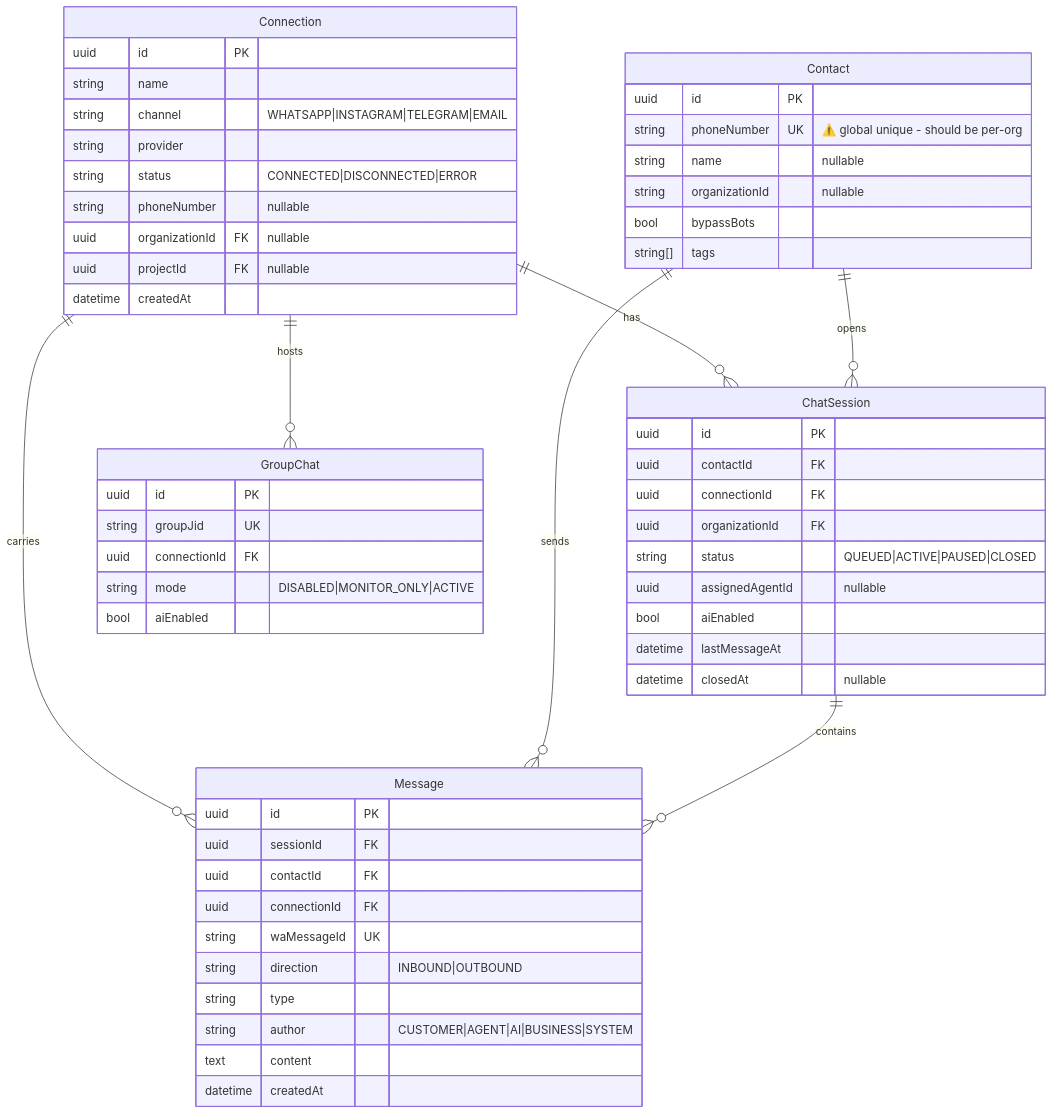
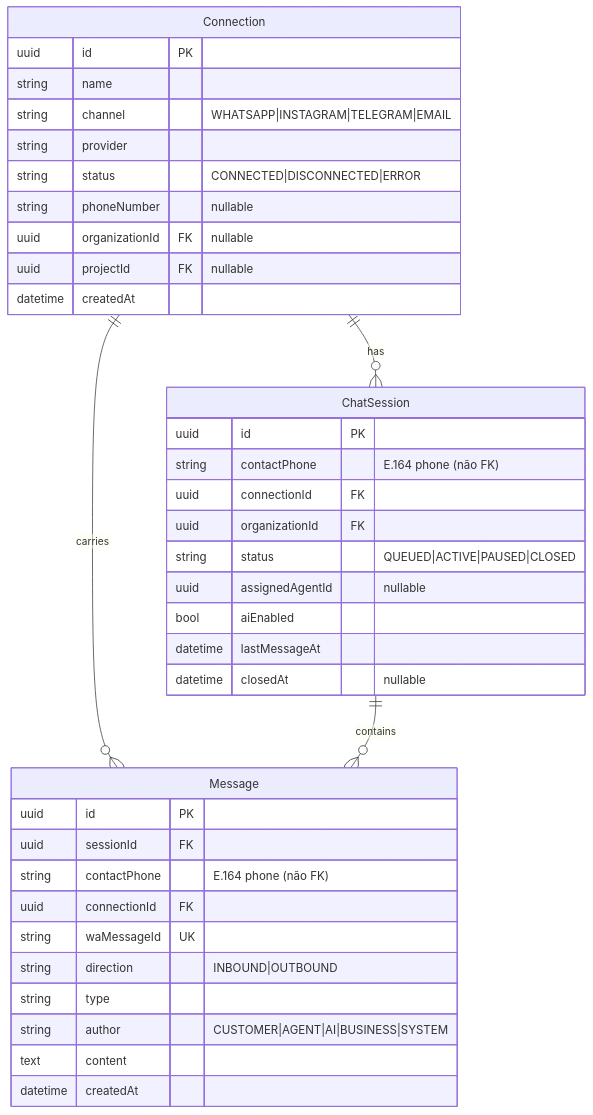
One commit to quayer/app-quayer changed the second of 3 diagrams in docs/ERD.md. Above: the diagram before and after it, drawn with Mermaid. The commit also changed other lines of this file and 19 other files, not shown here.

First line of the commit message:
docs: cleanup pasta docs/ — move legados, consolida testing, atualiza ERD

````diff
--- a/docs/ERD.md
+++ b/docs/ERD.md
@@ -203,63 +205,43 @@
 ```mermaid
 erDiagram
     Connection {
         uuid id PK
         string name
         string channel "WHATSAPP|INSTAGRAM|TELEGRAM|EMAIL"
         string provider
         string status "CONNECTED|DISCONNECTED|ERROR"
         string phoneNumber "nullable"
         uuid organizationId FK "nullable"
         uuid projectId FK "nullable"
         datetime createdAt
     }
 
     ChatSession {
         uuid id PK
-        uuid contactId FK
+        string contactPhone "E.164 phone (não FK)"
         uuid connectionId FK
         uuid organizationId FK
         string status "QUEUED|ACTIVE|PAUSED|CLOSED"
         uuid assignedAgentId "nullable"
         bool aiEnabled
         datetime lastMessageAt
         datetime closedAt "nullable"
     }
 
     Message {
         uuid id PK
         uuid sessionId FK
-        uuid contactId FK
+        string contactPhone "E.164 phone (não FK)"
         uuid connectionId FK
         string waMessageId UK
         string direction "INBOUND|OUTBOUND"
         string type
         string author "CUSTOMER|AGENT|AI|BUSINESS|SYSTEM"
         text content
         datetime createdAt
     }
 
-    Contact {
-        uuid id PK
-        string phoneNumber UK "⚠️ global unique - should be per-org"
-        string name "nullable"
-        string organizationId "nullable"
-        bool bypassBots
-        string[] tags
-    }
-
-    GroupChat {
-        uuid id PK
-        string groupJid UK
-        uuid connectionId FK
-        string mode "DISABLED|MONITOR_ONLY|ACTIVE"
-        bool aiEnabled
-    }
-
     Connection ||--o{ ChatSession : "has"
     Connection ||--o{ Message : "carries"
-    Contact ||--o{ ChatSession : "opens"
-    Contact ||--o{ Message : "sends"
     ChatSession ||--o{ Message : "contains"
-    Connection ||--o{ GroupChat : "hosts"
 ```
````
